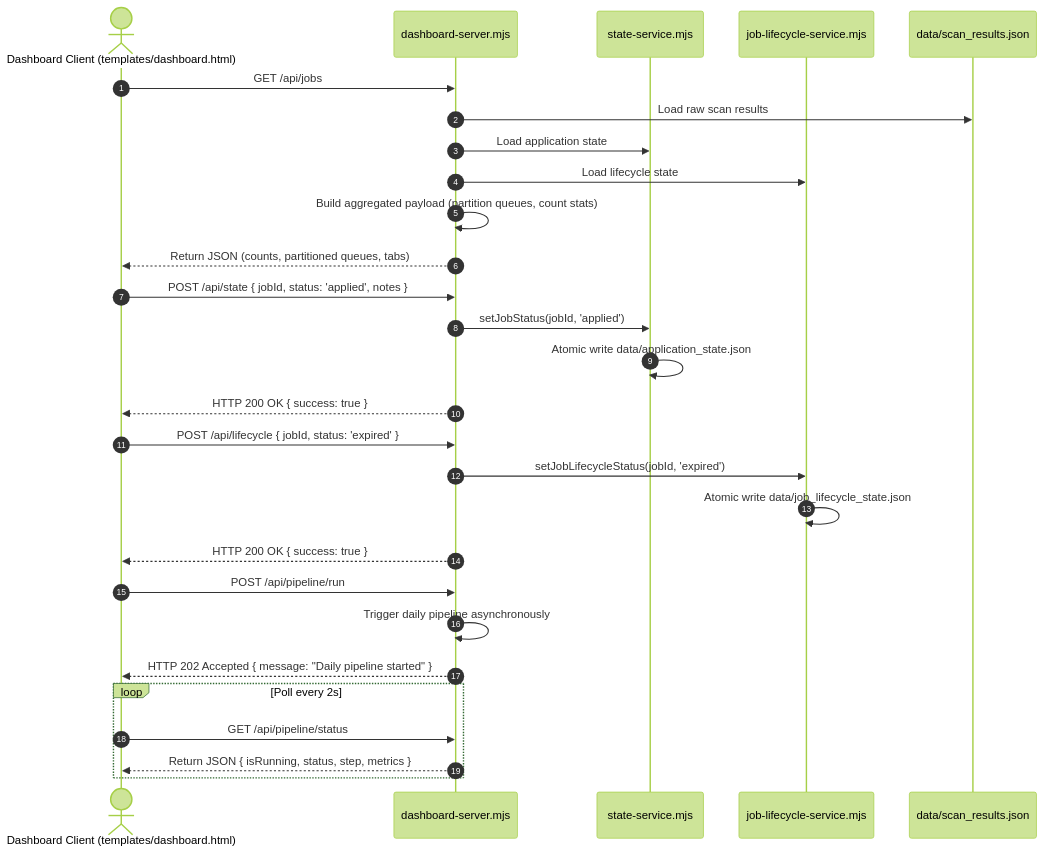
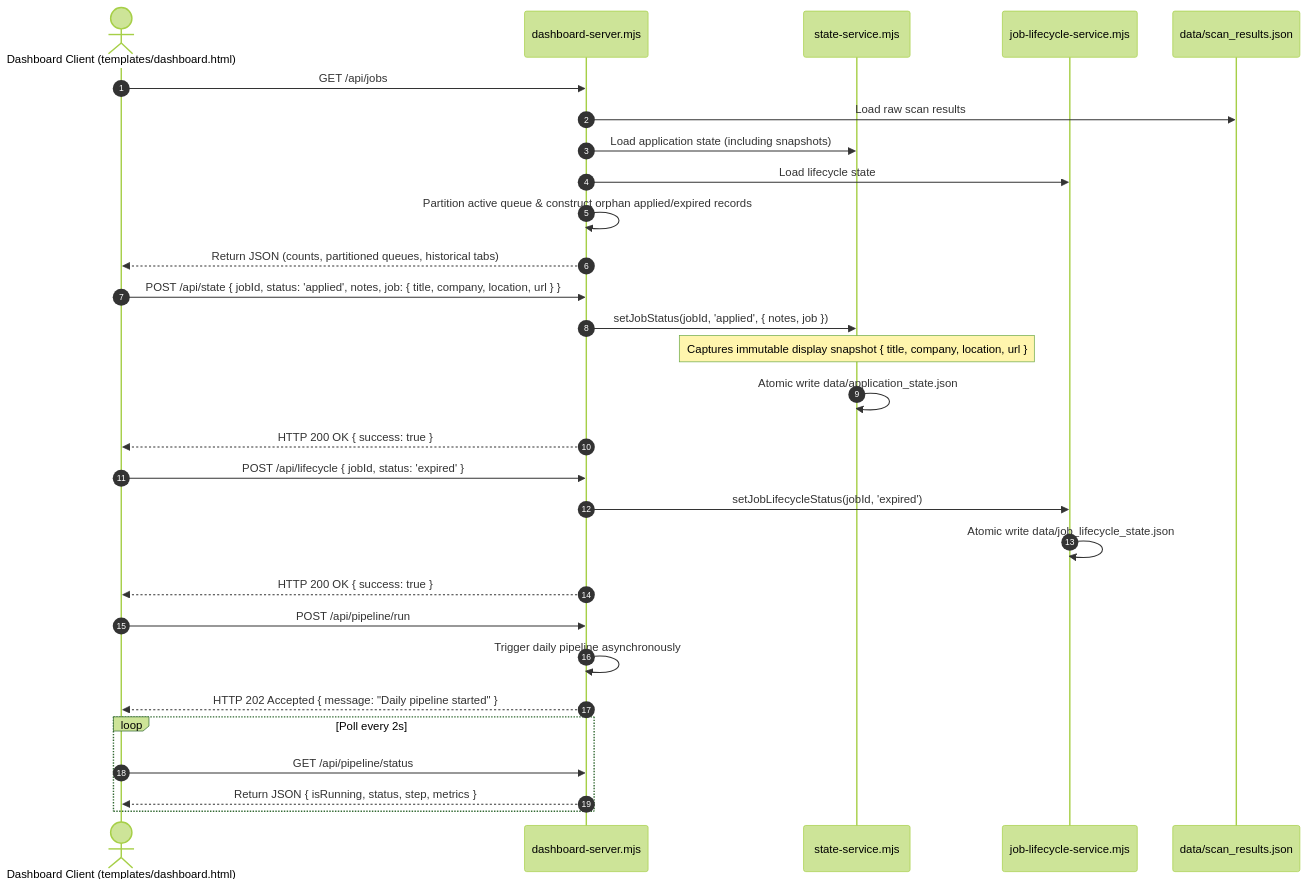
Before and after one commit to Penguin-12/career-ops-india: the fifth of 5 diagrams in docs/data-flow.md, drawn with Mermaid (forest theme). The commit also changed other lines of this file and 12 other files, not shown here.

````diff
--- a/docs/data-flow.md
+++ b/docs/data-flow.md
@@ -149,35 +157,36 @@
 ```mermaid
 sequenceDiagram
     autonumber
     actor Browser as Dashboard Client (templates/dashboard.html)
     participant Server as dashboard-server.mjs
     participant AppState as state-service.mjs
     participant LifeState as job-lifecycle-service.mjs
     participant ScanData as data/scan_results.json
 
     Browser->>Server: GET /api/jobs
     Server->>ScanData: Load raw scan results
-    Server->>AppState: Load application state
+    Server->>AppState: Load application state (including snapshots)
     Server->>LifeState: Load lifecycle state
-    Server->>Server: Build aggregated payload (partition queues, count stats)
-    Server-->>Browser: Return JSON (counts, partitioned queues, tabs)
+    Server->>Server: Partition active queue & construct orphan applied/expired records
+    Server-->>Browser: Return JSON (counts, partitioned queues, historical tabs)
 
-    Browser->>Server: POST /api/state { jobId, status: 'applied', notes }
-    Server->>AppState: setJobStatus(jobId, 'applied')
+    Browser->>Server: POST /api/state { jobId, status: 'applied', notes, job: { title, company, location, url } }
+    Server->>AppState: setJobStatus(jobId, 'applied', { notes, job })
+    Note over AppState: Captures immutable display snapshot { title, company, location, url }
     AppState->>AppState: Atomic write data/application_state.json
     Server-->>Browser: HTTP 200 OK { success: true }
 
     Browser->>Server: POST /api/lifecycle { jobId, status: 'expired' }
     Server->>LifeState: setJobLifecycleStatus(jobId, 'expired')
     LifeState->>LifeState: Atomic write data/job_lifecycle_state.json
     Server-->>Browser: HTTP 200 OK { success: true }
 
     Browser->>Server: POST /api/pipeline/run
     Server->>Server: Trigger daily pipeline asynchronously
     Server-->>Browser: HTTP 202 Accepted { message: "Daily pipeline started" }
 
     loop Poll every 2s
         Browser->>Server: GET /api/pipeline/status
         Server-->>Browser: Return JSON { isRunning, status, step, metrics }
     end
 ```
````
